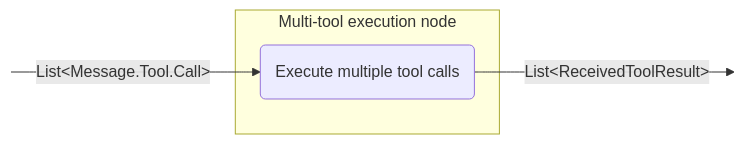
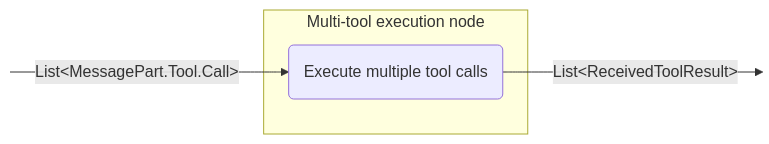
Diagram 13 of 15 in docs/docs/nodes-and-components.md (JetBrains/koog), drawn with Mermaid before and after one commit. The commit also changed other lines of this file and 348 other files, not shown here.

````diff
--- a/docs/docs/nodes-and-components.md
+++ b/docs/docs/nodes-and-components.md
@@ -712,13 +729,13 @@
 ```mermaid
 graph LR
     in:::hidden
     out:::hidden
     
     subgraph node ["Multi-tool execution node"]
         execute(Execute multiple tool calls)
     end
     
-    in -- "List&lt;Message.Tool.Call&gt;" --> execute -- "List&lt;ReceivedToolResult&gt;" --> out
+    in -- "List&lt;MessagePart.Tool.Call&gt;" --> execute -- "List&lt;ReceivedToolResult&gt;" --> out
 
     classDef hidden display: none;
 ```
````
